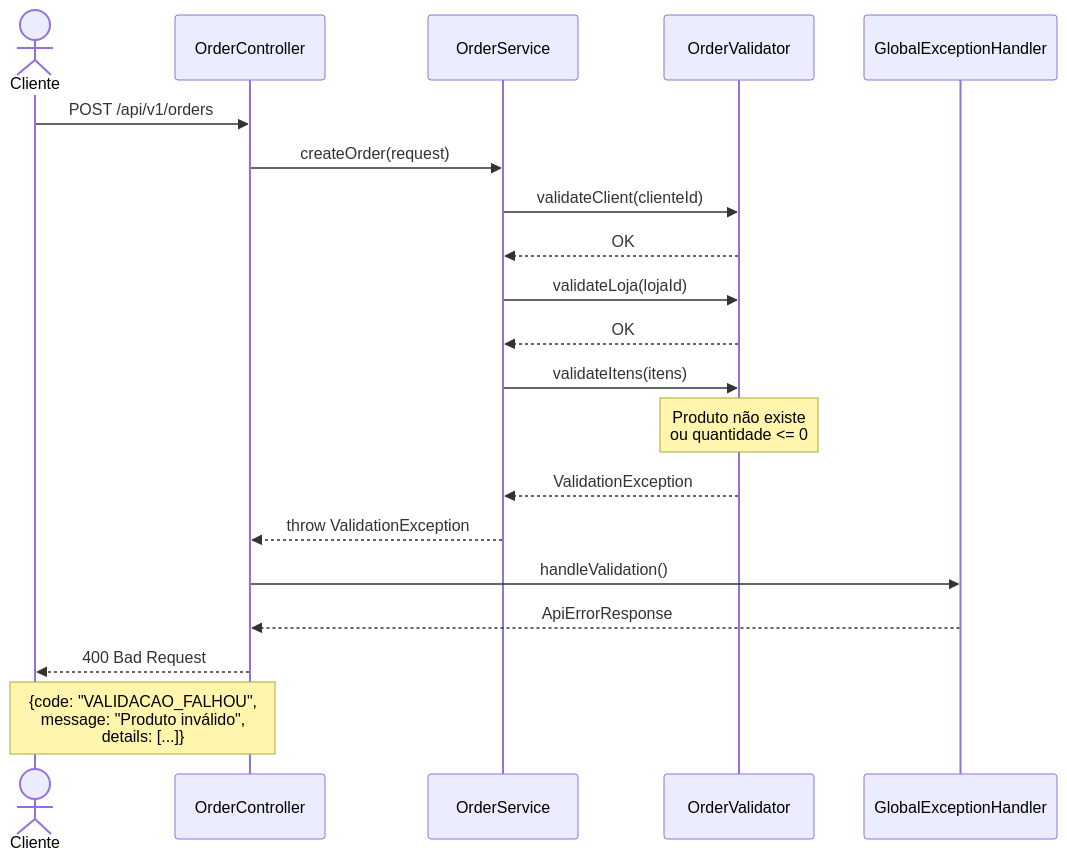
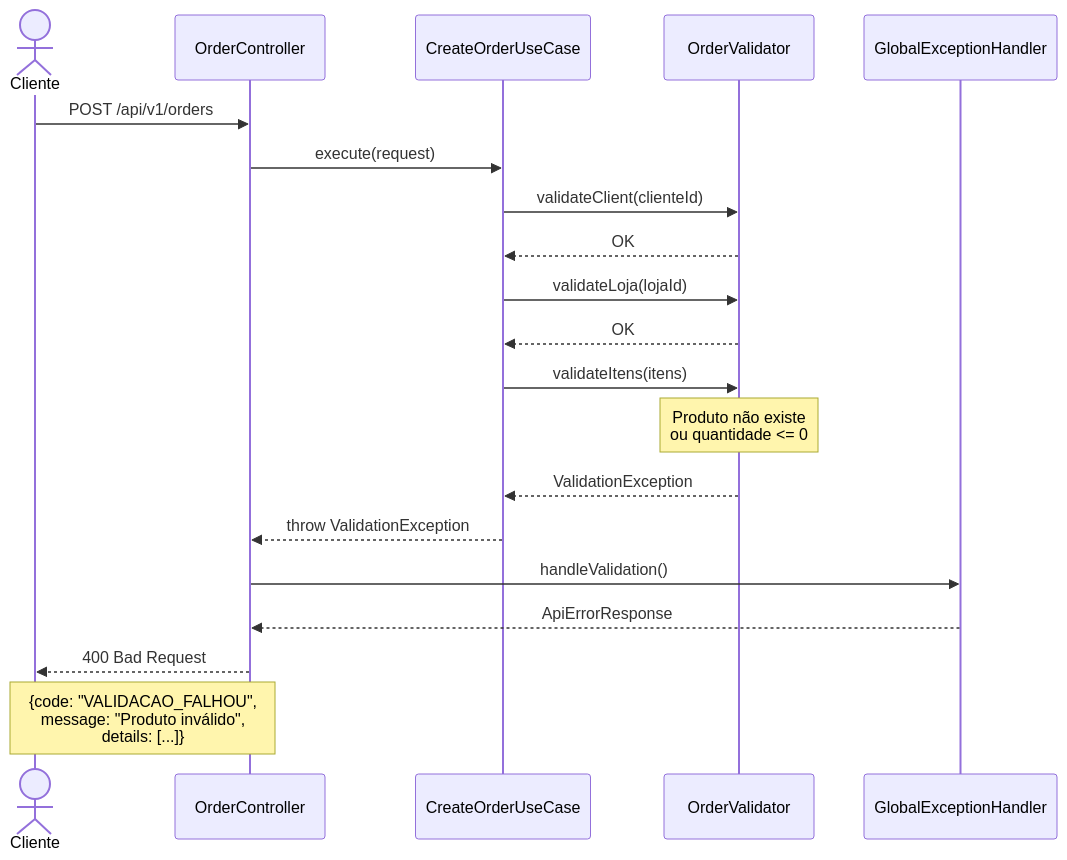
The third of 4 diagrams in historias/fase1/HIST-001-criacao-pedido-fluxo.md (leandro-yamaniha/spring-boot-4-poc), drawn with Mermaid before and after one commit. The commit also changed other lines of this file and 1 other file, not shown here.

First line of the commit message:
refactor(HIST-001): migrar de Service Layer para Use Cases

````diff
--- a/historias/fase1/HIST-001-criacao-pedido-fluxo.md
+++ b/historias/fase1/HIST-001-criacao-pedido-fluxo.md
@@ -73,23 +73,23 @@
 ```mermaid
 sequenceDiagram
     actor Cliente
     participant API as OrderController
-    participant Service as OrderService
+    participant UseCase as CreateOrderUseCase
     participant Validator as OrderValidator
     participant Handler as GlobalExceptionHandler
 
     Cliente->>API: POST /api/v1/orders
-    API->>Service: createOrder(request)
-    Service->>Validator: validateClient(clienteId)
-    Validator-->>Service: OK
-    Service->>Validator: validateLoja(lojaId)
-    Validator-->>Service: OK
-    Service->>Validator: validateItens(itens)
+    API->>UseCase: execute(request)
+    UseCase->>Validator: validateClient(clienteId)
+    Validator-->>UseCase: OK
+    UseCase->>Validator: validateLoja(lojaId)
+    Validator-->>UseCase: OK
+    UseCase->>Validator: validateItens(itens)
     Note over Validator: Produto não existe<br/>ou quantidade <= 0
-    Validator-->>Service: ValidationException
-    Service-->>API: throw ValidationException
+    Validator-->>UseCase: ValidationException
+    UseCase-->>API: throw ValidationException
     API->>Handler: handleValidation()
     Handler-->>API: ApiErrorResponse
     API-->>Cliente: 400 Bad Request
     Note over Cliente,API: {code: "VALIDACAO_FALHOU",<br/>message: "Produto inválido",<br/>details: [...]}
 ```
````
